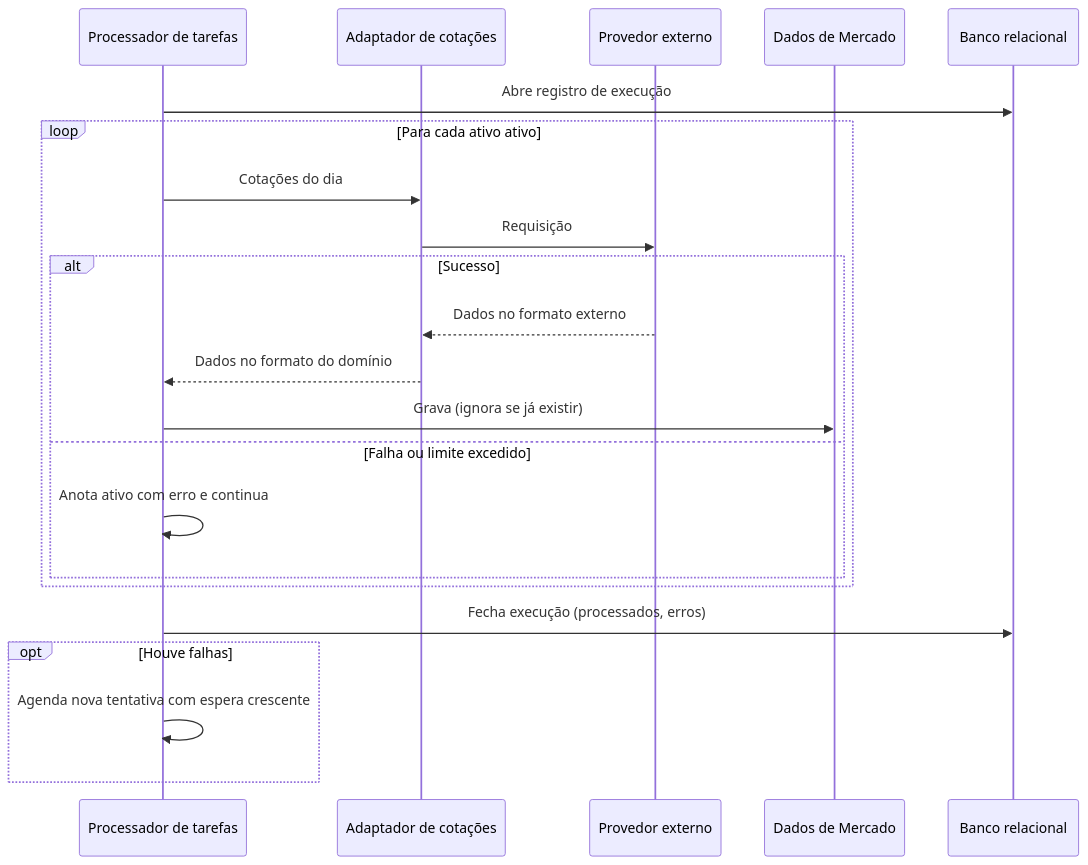
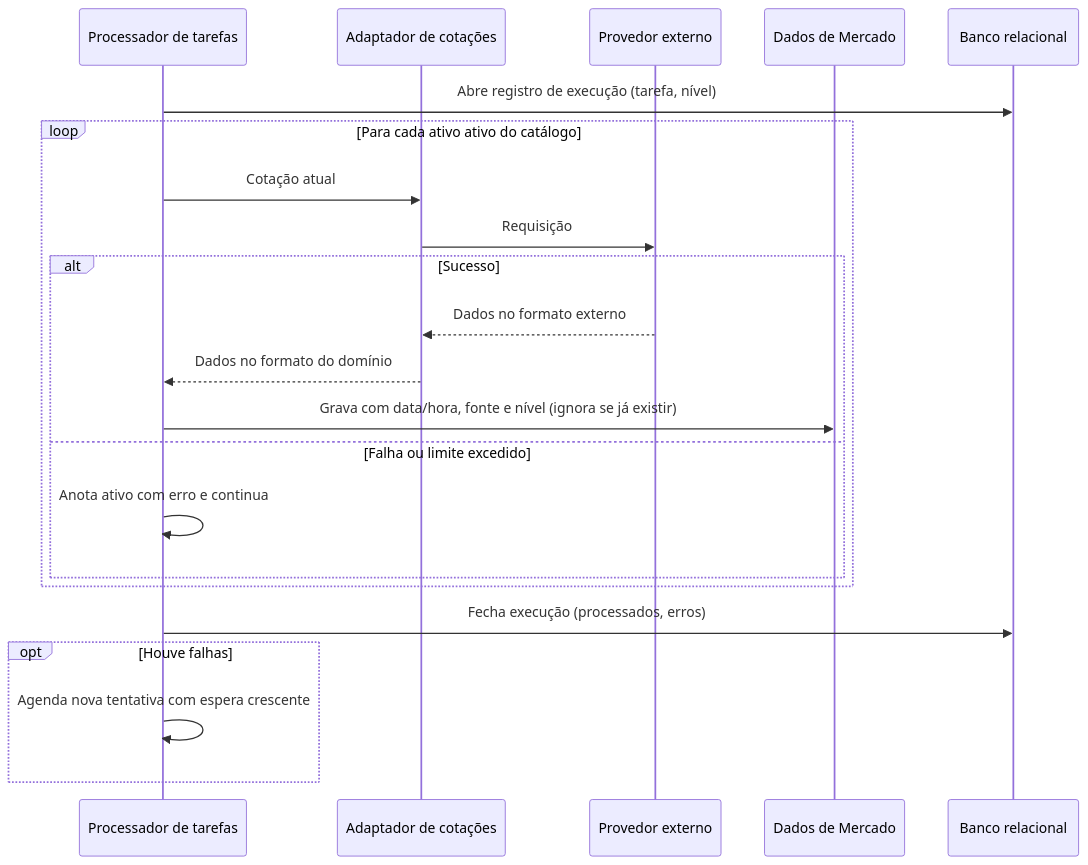
One commit to AnjiNight/Revolution-THE-BOB changed the fifth of 9 diagrams in arquitetura.md. Above: the diagram before and after it, drawn with Mermaid. The commit also changed other lines of this file and 24 other files, not shown here.

````diff
--- a/arquitetura.md
+++ b/arquitetura.md
@@ -479,25 +324,25 @@
 ```mermaid
 sequenceDiagram
     participant JOB as Processador de tarefas
     participant AD as Adaptador de cotações
     participant EXT as Provedor externo
     participant MKT as Dados de Mercado
     participant DB as Banco relacional
 
-    JOB->>DB: Abre registro de execução
-    loop Para cada ativo ativo
-        JOB->>AD: Cotações do dia
+    JOB->>DB: Abre registro de execução (tarefa, nível)
+    loop Para cada ativo ativo do catálogo
+        JOB->>AD: Cotação atual
         AD->>EXT: Requisição
         alt Sucesso
             EXT-->>AD: Dados no formato externo
             AD-->>JOB: Dados no formato do domínio
-            JOB->>MKT: Grava (ignora se já existir)
+            JOB->>MKT: Grava com data/hora, fonte e nível (ignora se já existir)
         else Falha ou limite excedido
             JOB->>JOB: Anota ativo com erro e continua
         end
     end
     JOB->>DB: Fecha execução (processados, erros)
     opt Houve falhas
         JOB->>JOB: Agenda nova tentativa com espera crescente
     end
 ```
````
